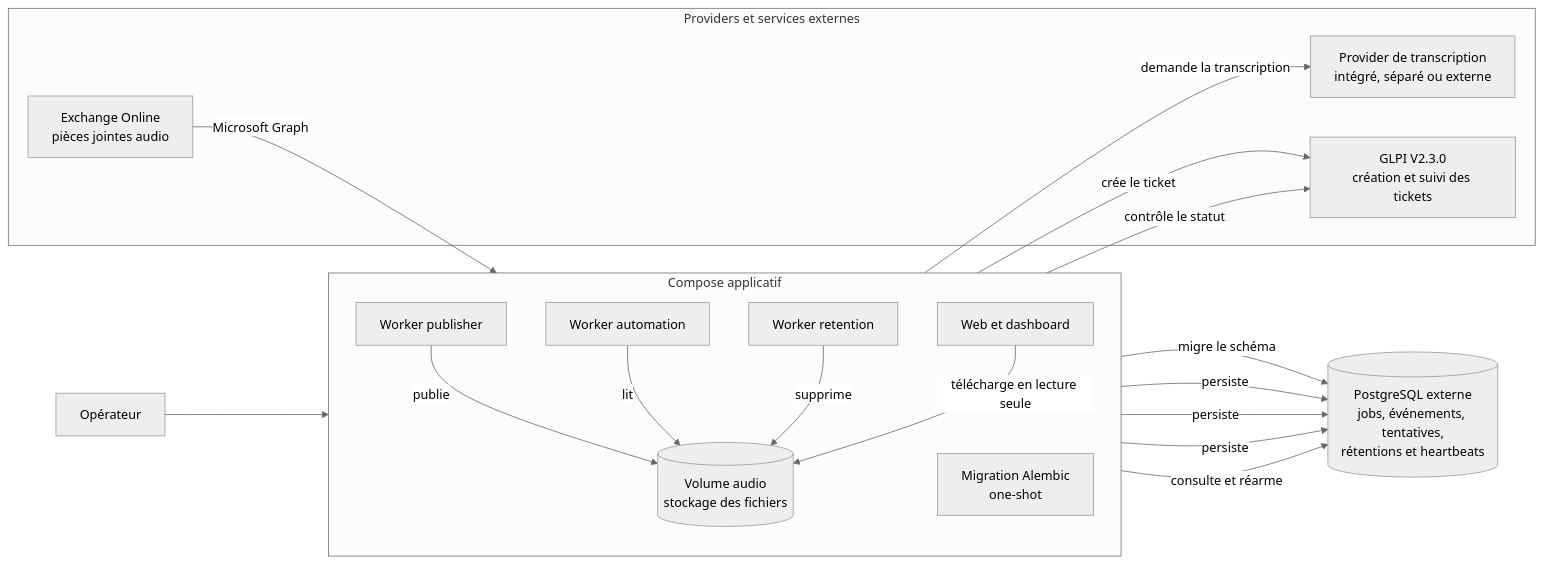
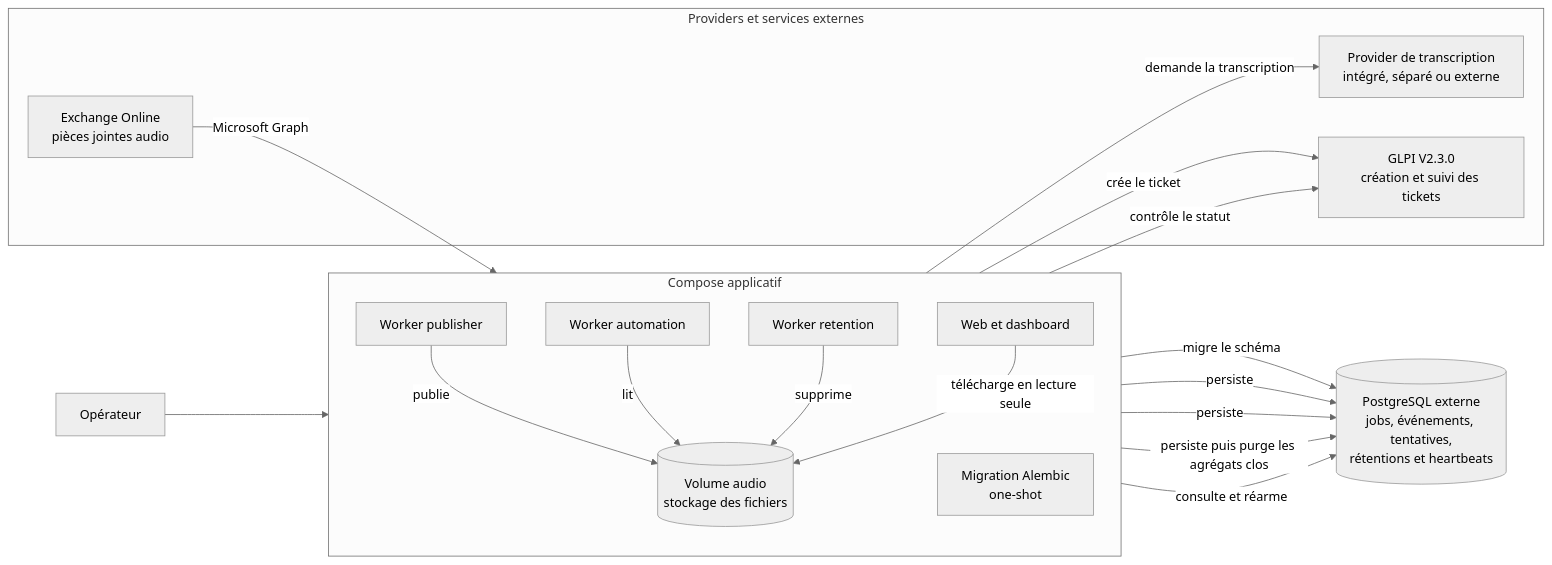
The diagram in docs/reference/architecture.md (dev-vauclaire/mevo2glpi), drawn with Mermaid (neutral theme) before and after one commit. The commit also changed other lines of this file and 27 other files, not shown here.

````diff
--- a/docs/reference/architecture.md
+++ b/docs/reference/architecture.md
@@ -6,37 +6,37 @@
 ```mermaid
 flowchart LR
     subgraph APP["Compose applicatif"]
         direction TB
         RET["Worker retention"]
         AUTO["Worker automation"]
         PUB["Worker publisher"]
         MIG["Migration Alembic<br/>one-shot"]
         WEB["Web et dashboard"]
         AUDIO[("Volume audio<br/>stockage des fichiers")]
     end
 
     DB[("PostgreSQL externe<br/>jobs, événements, tentatives,<br/>rétentions et heartbeats")]
 
     subgraph PROVIDERS["Providers et services externes"]
         EX["Exchange Online<br/>pièces jointes audio"]
         TRANSCRIPTION["Provider de transcription<br/>intégré, séparé ou externe"]
         GLPI["GLPI V2.3.0<br/>création et suivi des tickets"]
     end
 
     USER["Opérateur"] --> WEB
     MIG -->|migre le schéma| DB
     PUB -->|persiste| DB
     AUTO -->|persiste| DB
-    RET -->|persiste| DB
+    RET -->|persiste puis purge les agrégats clos| DB
     WEB -->|consulte et réarme| DB
 
     PUB -->|publie| AUDIO
     AUTO -->|lit| AUDIO
     RET -->|supprime| AUDIO
     WEB -->|télécharge en lecture seule| AUDIO
 
     EX -->|Microsoft Graph| PUB
     AUTO -->|demande la transcription| TRANSCRIPTION
     AUTO -->|crée le ticket| GLPI
     RET -->|contrôle le statut| GLPI
 ```
````
